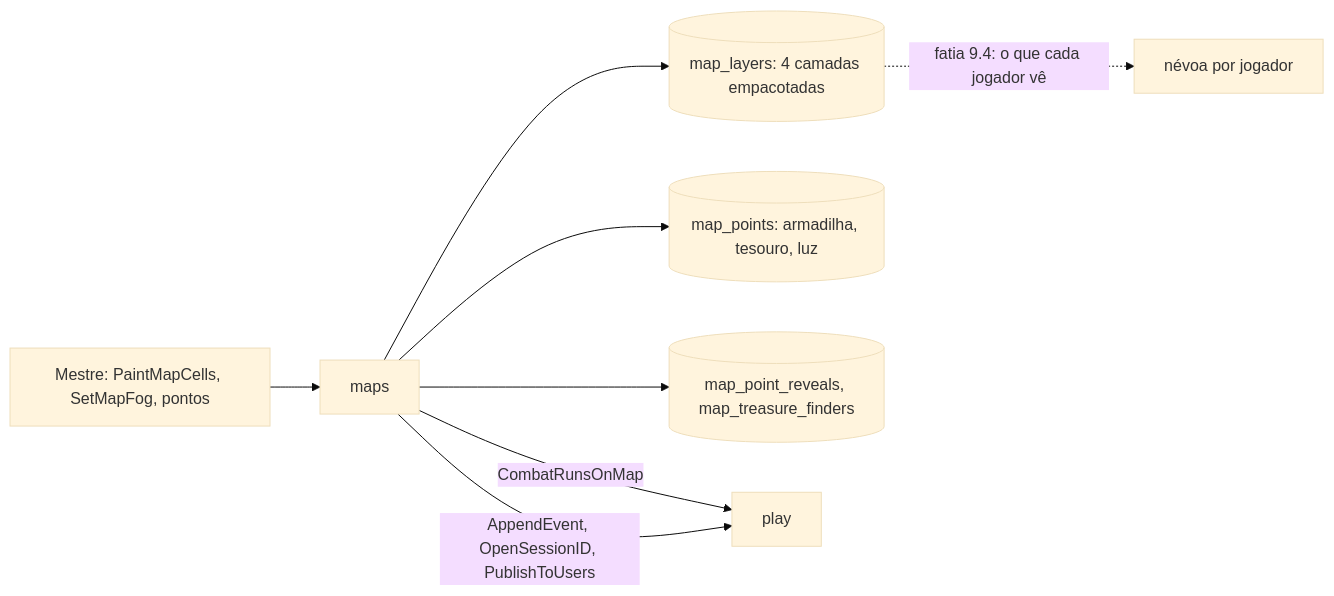
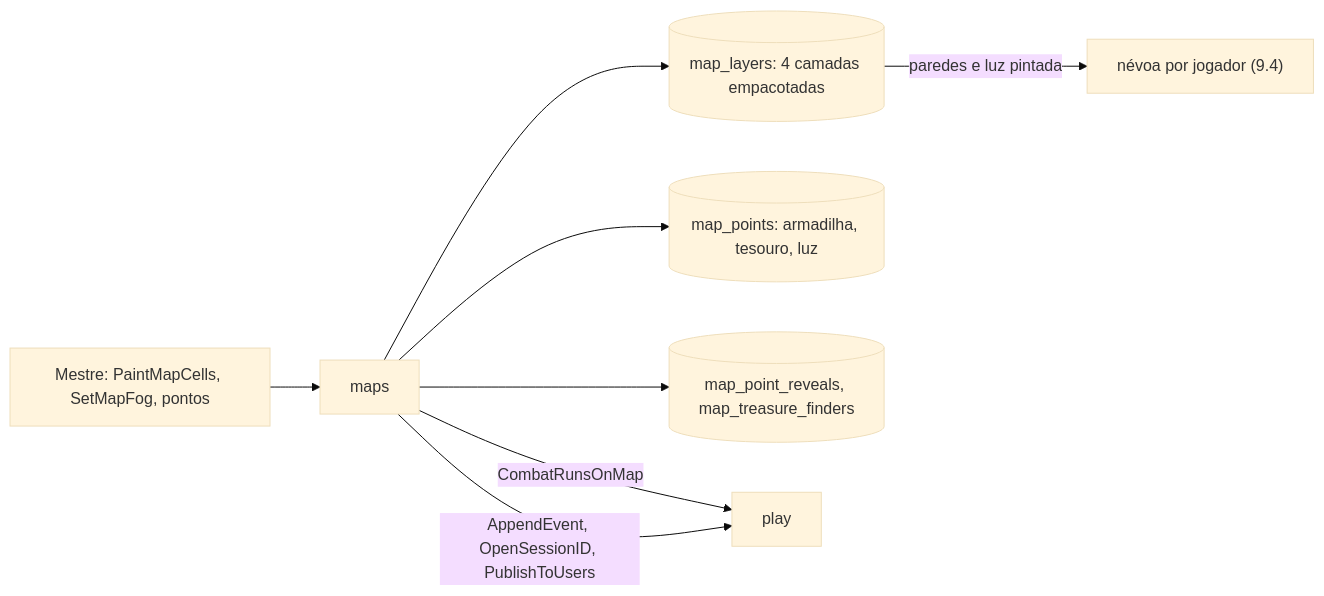
One commit to PuraFome/meuRPG changed diagram 21 of 23 in docs/arquitetura.md. Above: the diagram before and after it, drawn with Mermaid (base theme). The commit also changed other lines of this file and 54 other files, not shown here.

````diff
--- a/docs/arquitetura.md
+++ b/docs/arquitetura.md
@@ -1552,10 +1555,10 @@
 ```mermaid
 flowchart LR
     Mestre["Mestre: PaintMapCells, SetMapFog, pontos"] --> Maps["maps"]
     Maps --> Layers[("map_layers: 4 camadas empacotadas")]
     Maps --> Points[("map_points: armadilha, tesouro, luz")]
     Maps --> Reveals[("map_point_reveals, map_treasure_finders")]
     Maps -->|"CombatRunsOnMap"| Play["play"]
     Maps -->|"AppendEvent, OpenSessionID, PublishToUsers"| Play
-    Layers -.->|"fatia 9.4: o que cada jogador vê"| Fog["névoa por jogador"]
+    Layers -->|"paredes e luz pintada"| Fog["névoa por jogador (9.4)"]
 ```
````
